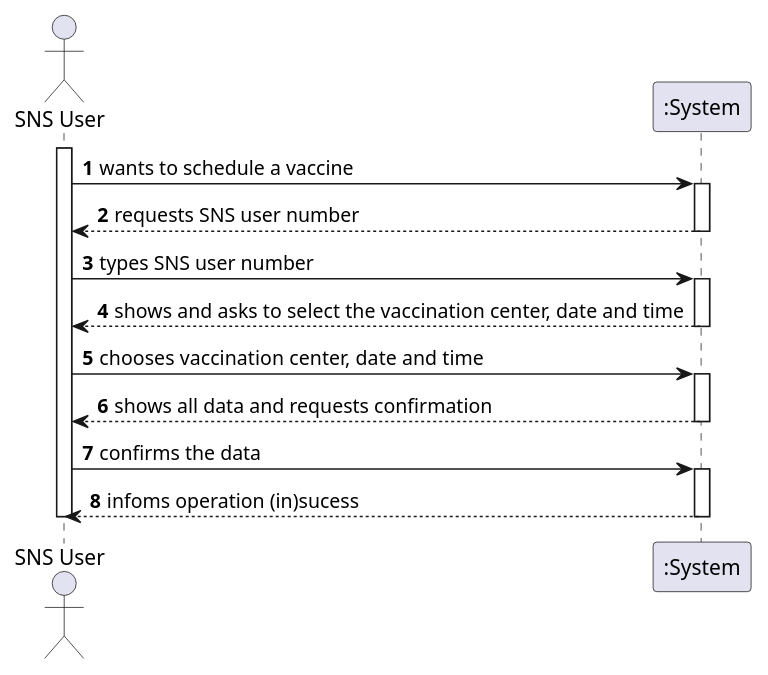
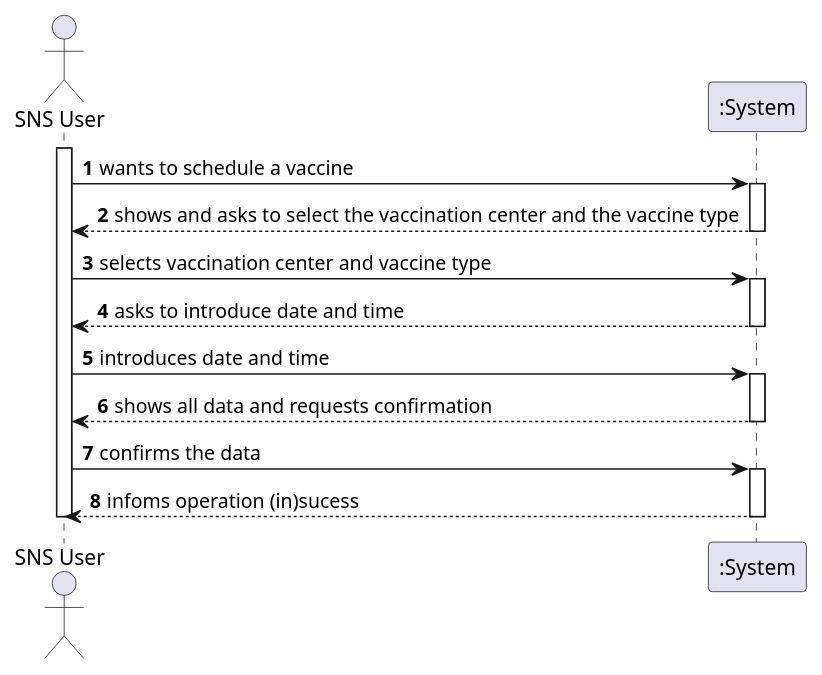
The diagram in docs/SprintC/US1/US1_SSD.puml (diogonapoles/isep-lapr2), drawn with PlantUML before and after one commit. The commit also changed 8 other files, not shown here.

```diff
--- a/docs/SprintC/US1/US1_SSD.puml
+++ b/docs/SprintC/US1/US1_SSD.puml
@@ -1,31 +1,31 @@
 @startuml
 'https://plantuml.com/sequence-diagram
 
 autonumber
 
 actor "SNS User" as User
 
 activate User
 User -> ":System" : wants to schedule a vaccine
 activate ":System"
-":System" --> User : requests SNS user number
+":System" --> User : shows and asks to select the vaccination center and the vaccine type
 deactivate ":System"
 
-User -> ":System" : types SNS user number
+User -> ":System" : selects vaccination center and vaccine type
 activate ":System"
-":System" --> User : shows and asks to select the vaccination center, date and time
+":System" --> User : asks to introduce date and time
 deactivate ":System"
 
-User -> ":System" : chooses vaccination center, date and time
+User -> ":System" : introduces date and time
 activate ":System"
 ":System" --> User : shows all data and requests confirmation
 deactivate ":System"
 
 User-> ":System" : confirms the data
 activate ":System"
 ":System" --> User : infoms operation (in)sucess
 deactivate ":System"
 
 
 deactivate User
 @enduml
```
